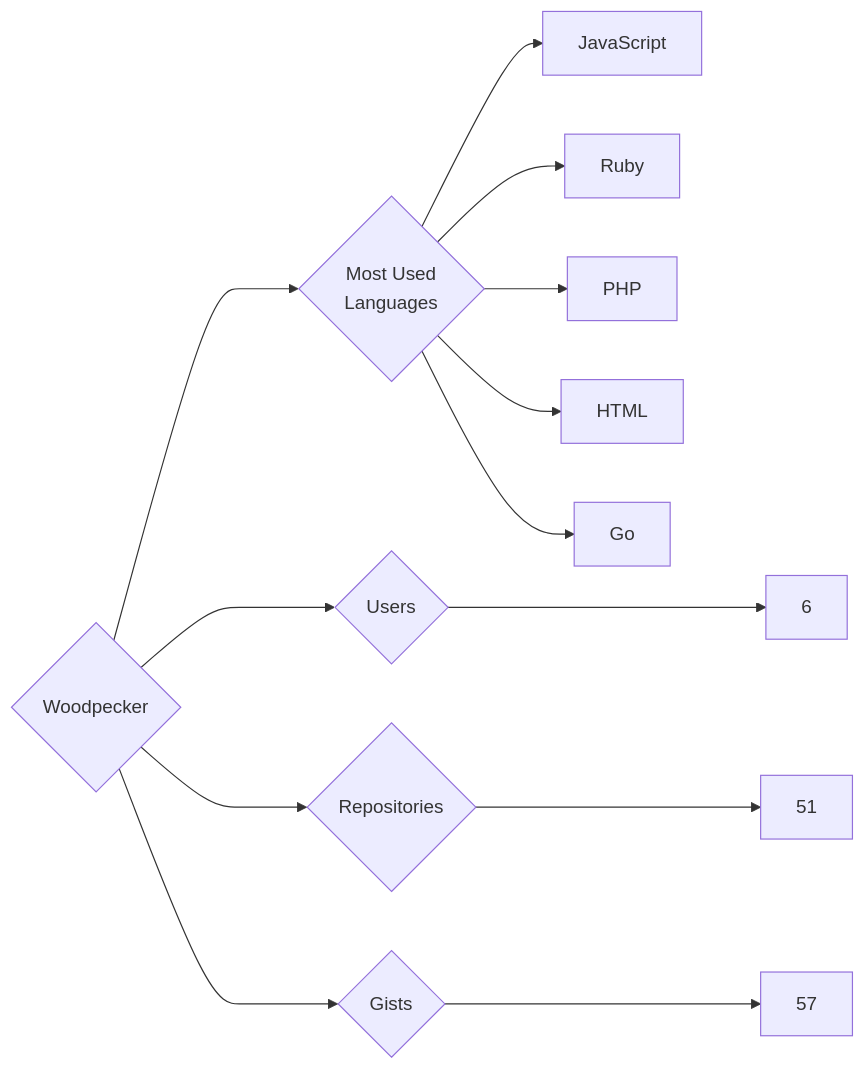
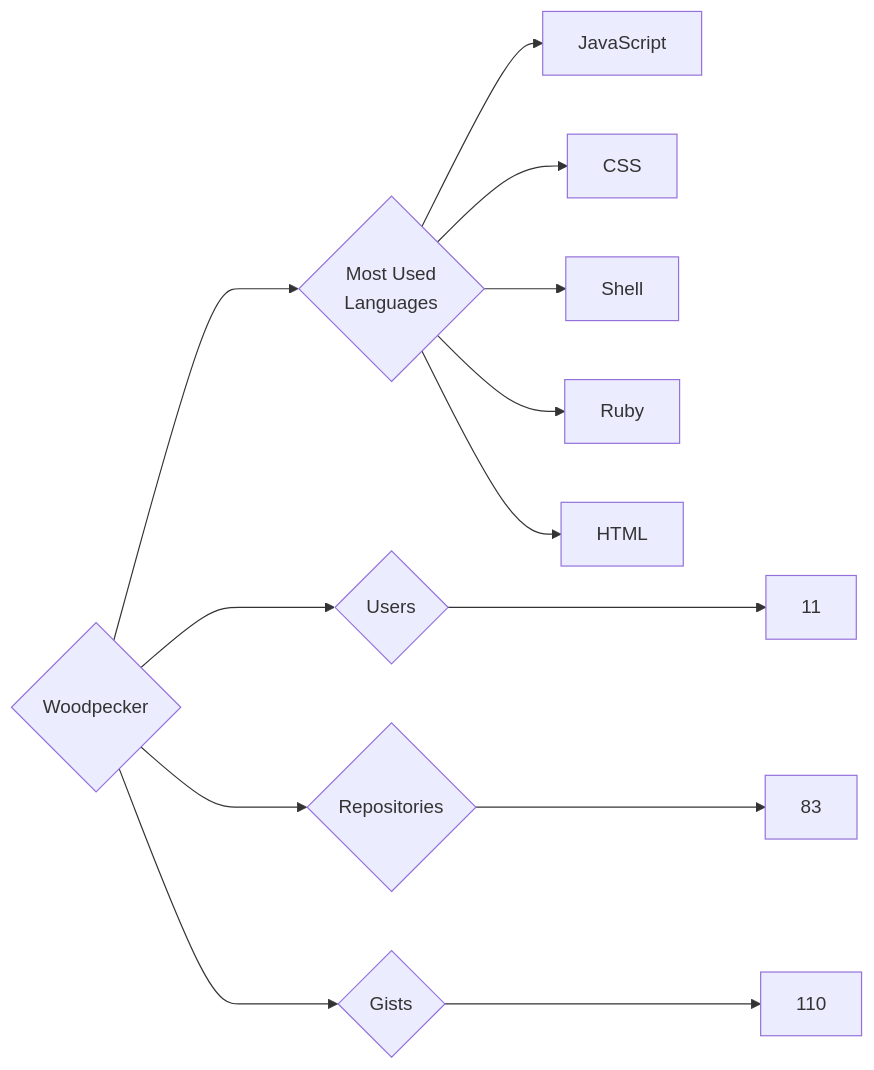
The diagram in targets/Woodpecker/README.md (trickest/insiders), drawn with Mermaid before and after one commit. The commit also changed 948 other files, not shown here.

````diff
--- a/targets/Woodpecker/README.md
+++ b/targets/Woodpecker/README.md
@@ -3,13 +3,13 @@
 ```mermaid
 graph LR
 COMPANY_NAME{Woodpecker}
-COMPANY_NAME ---> U{Users} ---> UN[6]
-COMPANY_NAME ---> R{Repositories} ---> RN[51]
-COMPANY_NAME ---> G{Gists} ---> GN[57]
+COMPANY_NAME ---> U{Users} ---> UN[11]
+COMPANY_NAME ---> R{Repositories} ---> RN[83]
+COMPANY_NAME ---> G{Gists} ---> GN[110]
 COMPANY_NAME ---> ML{Most Used<br>Languages}
 ML --> JavaScript[JavaScript]
+ML --> CSS[CSS]
+ML --> Shell[Shell]
 ML --> Ruby[Ruby]
-ML --> PHP[PHP]
 ML --> HTML[HTML]
-ML --> Go[Go]
 ```
````
